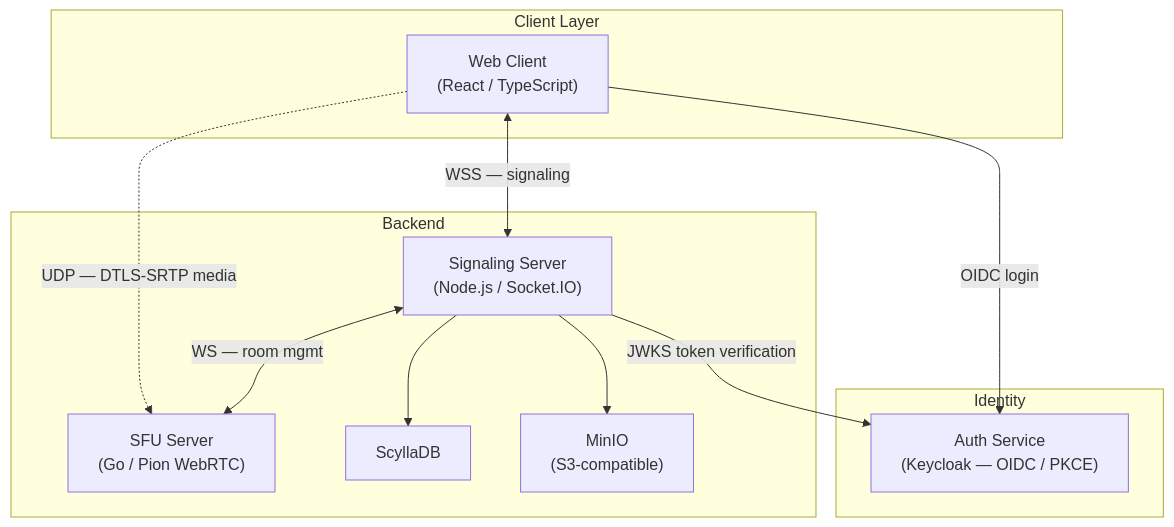
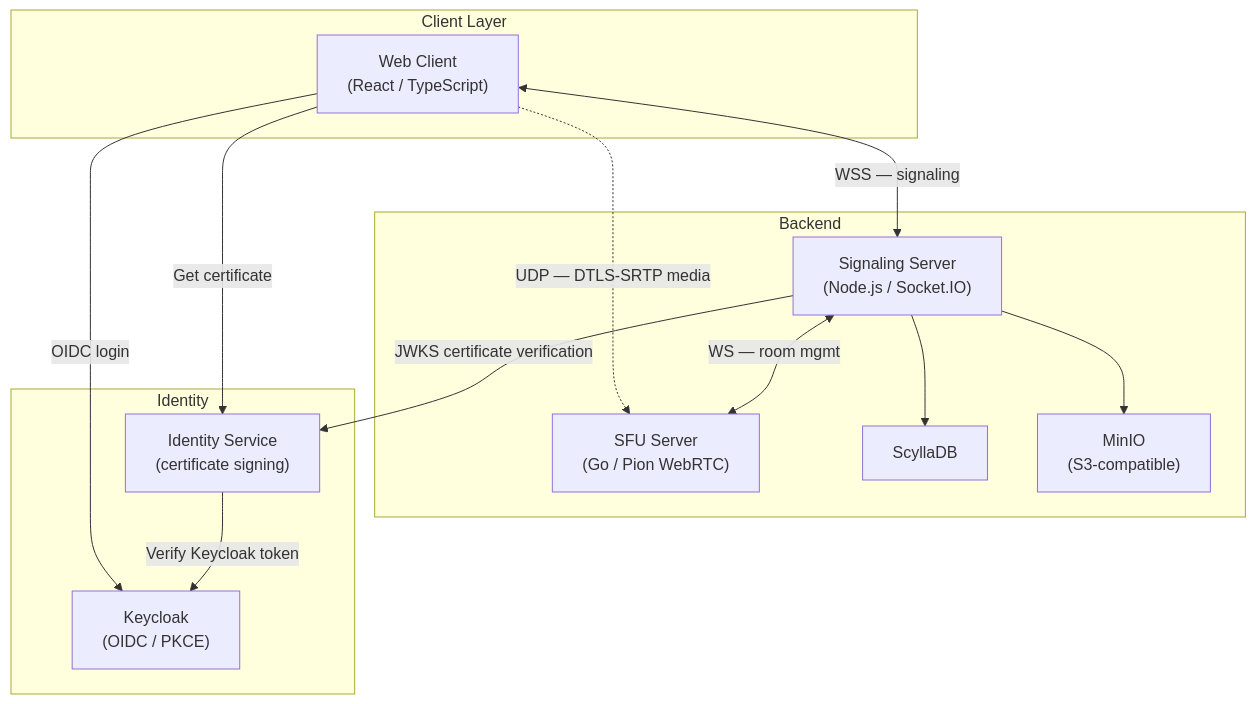
Before and after one commit to Gryt-chat/docs: the first of 4 diagrams in content/docs/guide/architecture.mdx, drawn with Mermaid. The commit also changed other lines of this file and 4 other files, not shown here.

First line of the commit message:
docs: update authentication flow and architecture details

````diff
--- a/content/docs/guide/architecture.mdx
+++ b/content/docs/guide/architecture.mdx
@@ -9,25 +9,28 @@
 ```mermaid
 graph TB
   subgraph Client Layer
     WC["Web Client\n(React / TypeScript)"]
   end
 
   subgraph Backend
     GS["Signaling Server\n(Node.js / Socket.IO)"]
     SFU["SFU Server\n(Go / Pion WebRTC)"]
     DB["ScyllaDB"]
     S3["MinIO\n(S3-compatible)"]
   end
 
   subgraph Identity
-    Auth["Auth Service\n(Keycloak — OIDC / PKCE)"]
+    Auth["Keycloak\n(OIDC / PKCE)"]
+    IS["Identity Service\n(certificate signing)"]
   end
 
   WC <-->|"WSS — signaling"| GS
   WC -.->|"UDP — DTLS-SRTP media"| SFU
   WC -->|"OIDC login"| Auth
+  WC -->|"Get certificate"| IS
+  IS -->|"Verify Keycloak token"| Auth
   GS <-->|"WS — room mgmt"| SFU
   GS --> DB
   GS --> S3
-  GS -->|"JWKS token verification"| Auth
+  GS -->|"JWKS certificate verification"| IS
 ```
````
